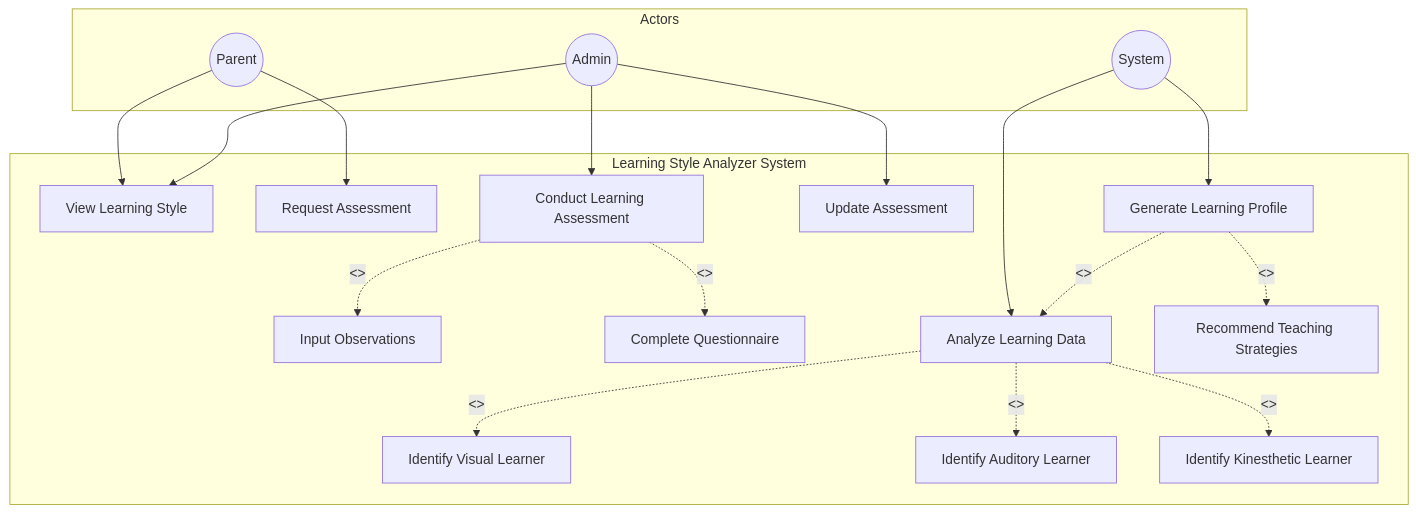
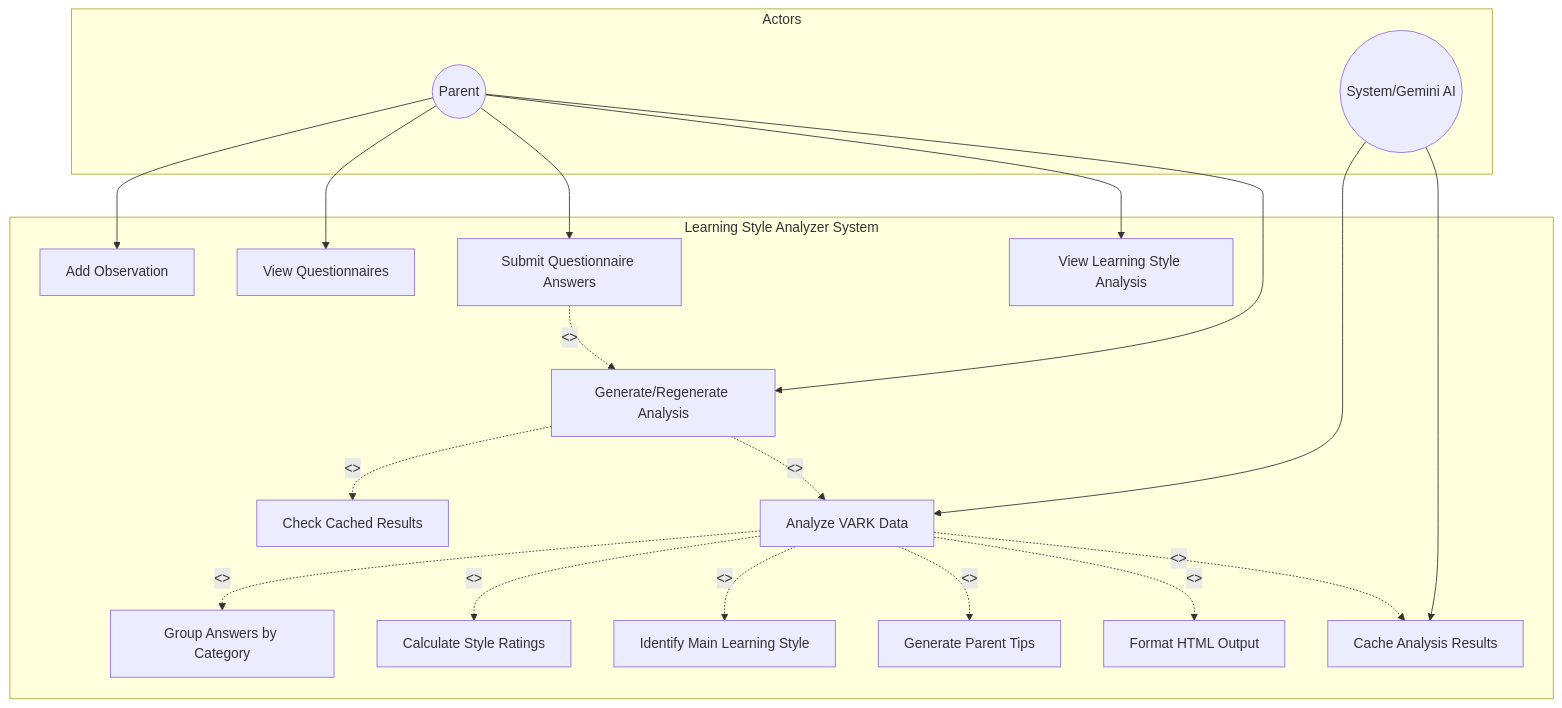
One commit to TongYwen/childfyp5 changed the fifth of 18 diagrams in diagrams.md. Above: the diagram before and after it, drawn with Mermaid. The commit also changed other lines of this file, not shown here.

First line of the commit message:
Update Learning Style Analyzer diagrams based on actual code implementation

````diff
--- a/diagrams.md
+++ b/diagrams.md
@@ -159,41 +159,42 @@
 ```mermaid
 graph TB
     subgraph Actors
         Parent((Parent))
-        Admin((Admin))
-        System((System))
+        System((System/Gemini AI))
     end
 
     subgraph "Learning Style Analyzer System"
-        ViewLearningStyle[View Learning Style]
-        RequestAssessment[Request Assessment]
-        ConductAssessment[Conduct Learning Assessment]
-        UpdateAssessment[Update Assessment]
-        InputObservations[Input Observations]
-        CompleteQuestionnaire[Complete Questionnaire]
-        AnalyzeData[Analyze Learning Data]
-        GenerateProfile[Generate Learning Profile]
-        IdentifyVisual[Identify Visual Learner]
-        IdentifyAuditory[Identify Auditory Learner]
-        IdentifyKinesthetic[Identify Kinesthetic Learner]
-        RecommendStrategies[Recommend Teaching Strategies]
+        AddObservation[Add Observation]
+        ViewQuestionnaires[View Questionnaires]
+        SubmitAnswers[Submit Questionnaire Answers]
+        ViewAnalysis[View Learning Style Analysis]
+        GenerateAnalysis[Generate/Regenerate Analysis]
+        CheckCached[Check Cached Results]
+        AnalyzeVARK[Analyze VARK Data]
+        GroupByCategory[Group Answers by Category]
+        CalculateRatings[Calculate Style Ratings]
+        IdentifyMainStyle[Identify Main Learning Style]
+        GenerateTips[Generate Parent Tips]
+        CacheResults[Cache Analysis Results]
+        FormatHTML[Format HTML Output]
     end
 
-    Parent --> ViewLearningStyle
-    Parent --> RequestAssessment
+    Parent --> AddObservation
+    Parent --> ViewQuestionnaires
+    Parent --> SubmitAnswers
+    Parent --> ViewAnalysis
+    Parent --> GenerateAnalysis
 
-    Admin --> ConductAssessment
-    Admin --> ViewLearningStyle
-    Admin --> UpdateAssessment
+    System --> AnalyzeVARK
+    System --> CacheResults
 
-    System --> AnalyzeData
-    System --> GenerateProfile
-
-    ConductAssessment -.<<include>>.-> InputObservations
-    ConductAssessment -.<<include>>.-> CompleteQuestionnaire
-    AnalyzeData -.<<include>>.-> IdentifyVisual
-    AnalyzeData -.<<include>>.-> IdentifyAuditory
-    AnalyzeData -.<<include>>.-> IdentifyKinesthetic
-    GenerateProfile -.<<include>>.-> AnalyzeData
-    GenerateProfile -.<<extend>>.-> RecommendStrategies
+    GenerateAnalysis -.<<include>>.-> CheckCached
+    GenerateAnalysis -.<<include>>.-> AnalyzeVARK
+    AnalyzeVARK -.<<include>>.-> GroupByCategory
+    AnalyzeVARK -.<<include>>.-> CalculateRatings
+    AnalyzeVARK -.<<include>>.-> IdentifyMainStyle
+    AnalyzeVARK -.<<include>>.-> GenerateTips
+    AnalyzeVARK -.<<include>>.-> FormatHTML
+    AnalyzeVARK -.<<include>>.-> CacheResults
+    SubmitAnswers -.<<extend>>.-> GenerateAnalysis
 ```
````
